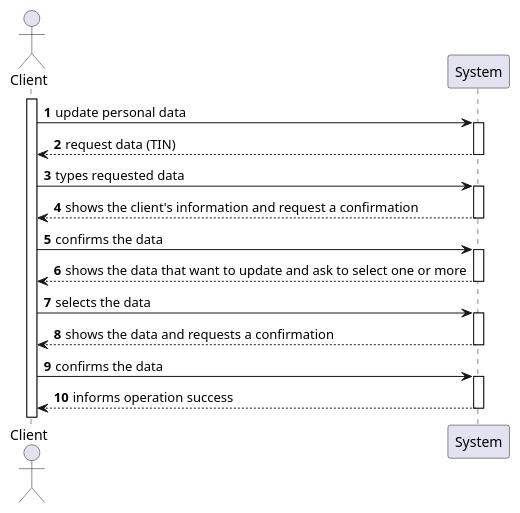
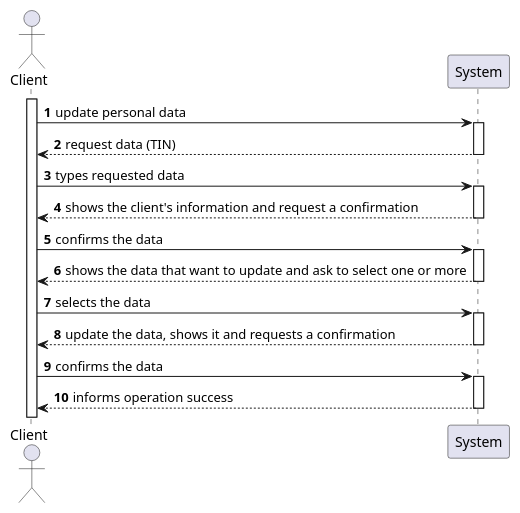
The diagram in docs/SprintD/US02/US02-SSD.puml (0franciscor/lei-21-s2-1de-g19), drawn with PlantUML before and after one commit. The commit also changed 1 other file, not shown here.

```diff
--- a/docs/SprintD/US02/US02-SSD.puml
+++ b/docs/SprintD/US02/US02-SSD.puml
@@ -1,18 +1,18 @@
 @startuml
 'https://plantuml.com/sequence-diagram
 
 autonumber
 
 actor "Client" as C
 activate C
 C -> System ++: update personal data
 System -->  C --: request data (TIN)
 C -> System ++: types requested data
 System --> C --: shows the client's information and request a confirmation
 C -> System ++: confirms the data
 System --> C --: shows the data that want to update and ask to select one or more
 C -> System ++: selects the data
-System --> C --: shows the data and requests a confirmation
+System --> C --: update the data, shows it and requests a confirmation
 C -> System ++: confirms the data
 System --> C --: informs operation success
 @enduml
```
